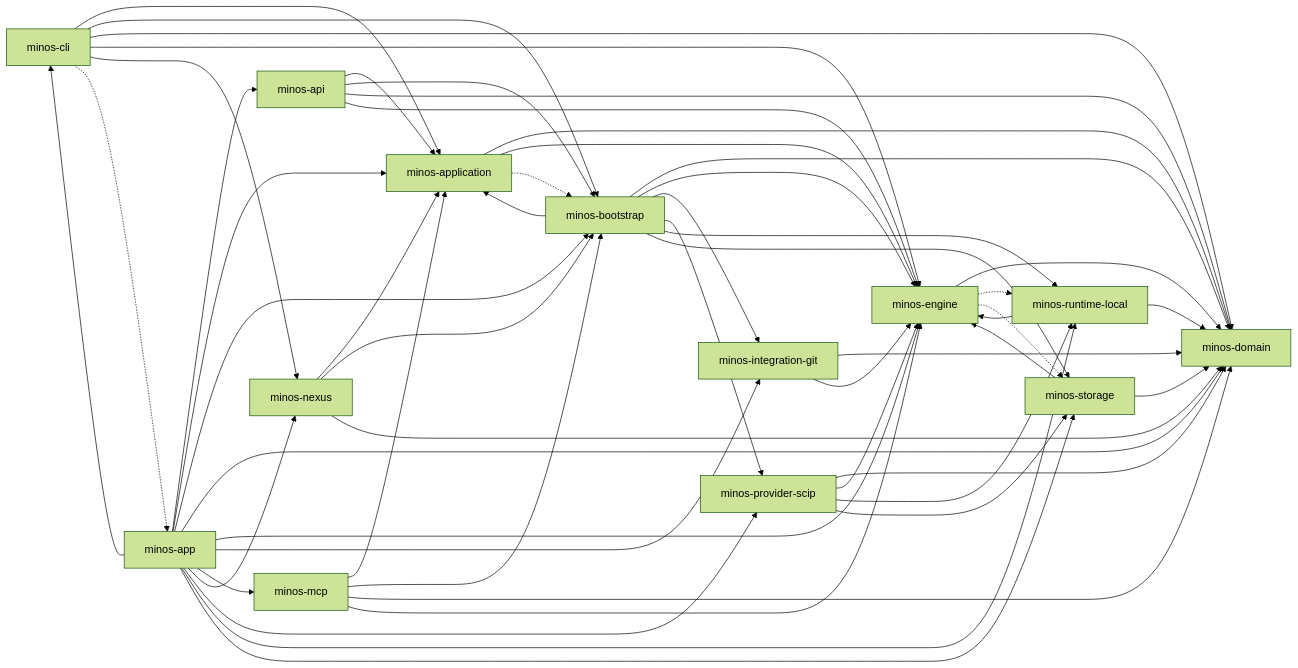
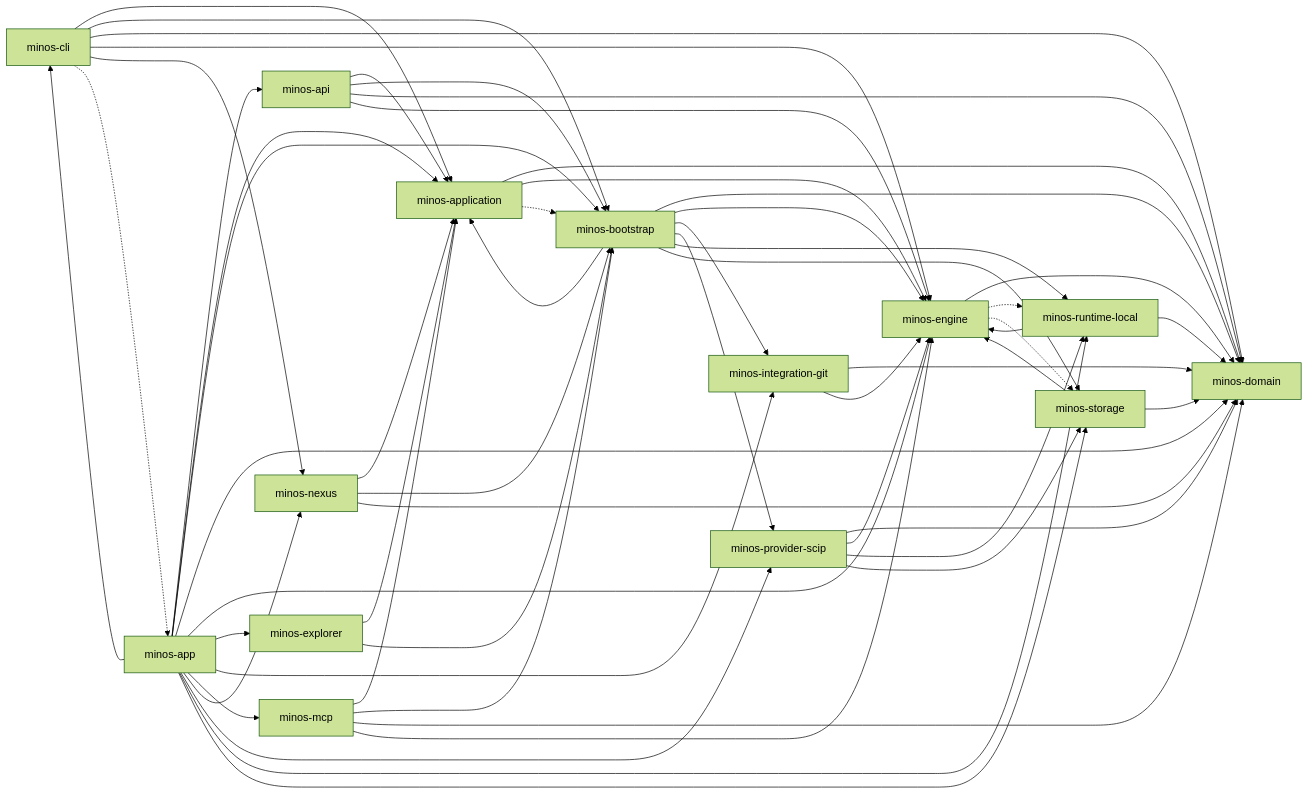
Before and after one commit to FTurleque/minos-code-intelligence: the diagram in docs/architecture/diagrams/module-dependencies.md, drawn with Mermaid (forest theme). The commit also changed other lines of this file and 19 other files, not shown here.

First line of the commit message:
feat(explorer): déclarer le module minos-explorer dans le reactor

````diff
--- a/docs/architecture/diagrams/module-dependencies.md
+++ b/docs/architecture/diagrams/module-dependencies.md
@@ -8,68 +8,72 @@
 ```mermaid
 flowchart LR
     minos_domain["minos-domain"]
     minos_engine["minos-engine"]
     minos_runtime_local["minos-runtime-local"]
     minos_storage["minos-storage"]
     minos_provider_scip["minos-provider-scip"]
     minos_integration_git["minos-integration-git"]
     minos_application["minos-application"]
     minos_bootstrap["minos-bootstrap"]
     minos_nexus["minos-nexus"]
     minos_cli["minos-cli"]
     minos_api["minos-api"]
     minos_mcp["minos-mcp"]
+    minos_explorer["minos-explorer"]
     minos_app["minos-app"]
     minos_engine --> minos_domain
     minos_runtime_local --> minos_domain
     minos_runtime_local --> minos_engine
     minos_storage --> minos_domain
     minos_storage --> minos_engine
     minos_provider_scip --> minos_domain
     minos_provider_scip --> minos_engine
     minos_provider_scip --> minos_runtime_local
     minos_provider_scip --> minos_storage
     minos_integration_git --> minos_domain
     minos_integration_git --> minos_engine
     minos_application --> minos_domain
     minos_application --> minos_engine
     minos_bootstrap --> minos_application
     minos_bootstrap --> minos_domain
     minos_bootstrap --> minos_engine
     minos_bootstrap --> minos_integration_git
     minos_bootstrap --> minos_provider_scip
     minos_bootstrap --> minos_runtime_local
     minos_bootstrap --> minos_storage
     minos_nexus --> minos_application
     minos_nexus --> minos_bootstrap
     minos_nexus --> minos_domain
     minos_cli --> minos_application
     minos_cli --> minos_bootstrap
     minos_cli --> minos_domain
     minos_cli --> minos_engine
     minos_cli --> minos_nexus
     minos_api --> minos_application
     minos_api --> minos_bootstrap
     minos_api --> minos_domain
     minos_api --> minos_engine
     minos_mcp --> minos_application
     minos_mcp --> minos_bootstrap
     minos_mcp --> minos_domain
     minos_mcp --> minos_engine
+    minos_explorer --> minos_application
+    minos_explorer --> minos_bootstrap
     minos_app --> minos_api
     minos_app --> minos_application
     minos_app --> minos_bootstrap
     minos_app --> minos_cli
     minos_app --> minos_domain
     minos_app --> minos_engine
+    minos_app --> minos_explorer
     minos_app --> minos_integration_git
     minos_app --> minos_mcp
     minos_app --> minos_nexus
     minos_app --> minos_provider_scip
     minos_app --> minos_runtime_local
     minos_app --> minos_storage
     minos_application -.-> minos_bootstrap
     minos_cli -.-> minos_app
     minos_engine -.-> minos_runtime_local
     minos_engine -.-> minos_storage
 ```
````
